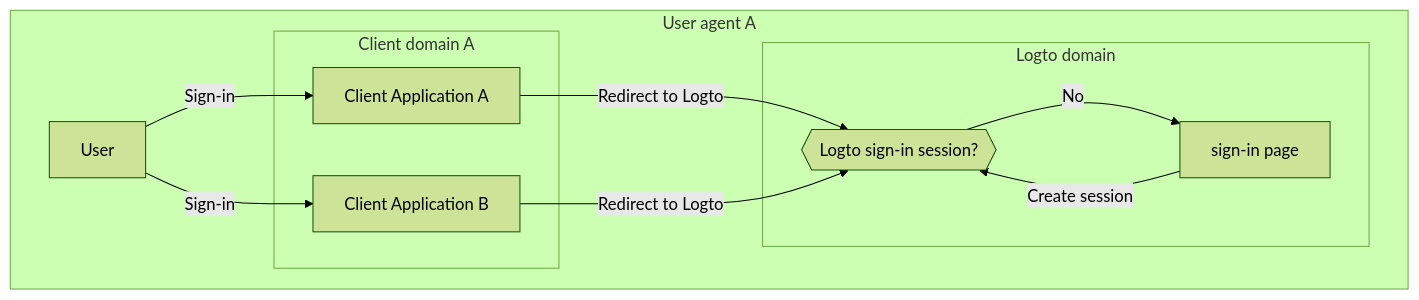
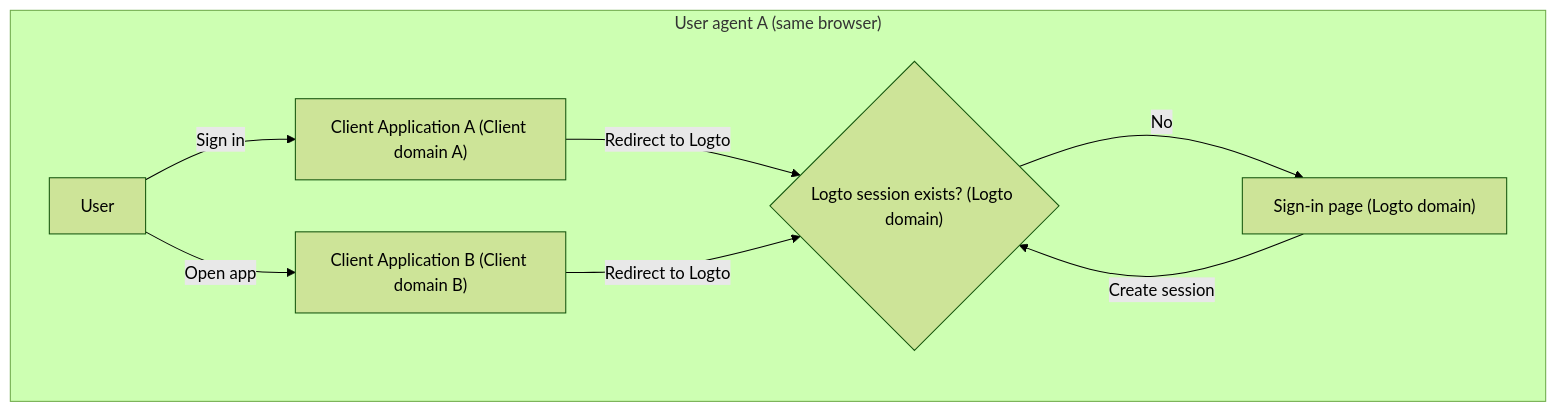
The third of 5 diagrams in docs/end-user-flows/sign-out.mdx (logto-io/docs), drawn with Mermaid (forest theme) before and after one commit. The commit also changed other lines of this file and 7 other files, not shown here.

First line of the commit message:
docs: add session management flow (#1377)

````diff
--- a/docs/end-user-flows/sign-out.mdx
+++ b/docs/end-user-flows/sign-out.mdx
@@ -59,26 +93,23 @@
-   ```mermaid
-    flowchart TD
-    subgraph User [User agent A]
-      U[User]
+```mermaid
+flowchart TD
+  U[User]
+  A["Client Application A (Client domain A)"]
+  B["Client Application B (Client domain B)"]
+  C{"Logto session exists? (Logto domain)"}
+  D["Sign-in page (Logto domain)"]
 
-      subgraph Layer1 [Client domain A]
-        A[Client Application A]
-      end
+  subgraph UA["User agent A (same browser)"]
+    U
+    A
+    B
+    C
+    D
+  end
 
-      subgraph Layer1 [Client domain B]
-        B[Client Application B]
-      end
-
-      subgraph Layer2 [Logto domain]
-          C{{Logto sign-in session?}}
-          D[sign-in page]
-      end
-    end
-
-    U --> |Sign-in| A
-    A --> |Redirect to Logto| C
-    U --> |Sign-in| B
-    B --> |Redirect to Logto| C
-    C --> |No| D
-    D --> |Create session| C
-   ```
+  U -->|Sign in| A
+  A -->|Redirect to Logto| C
+  U -->|Open app| B
+  B -->|Redirect to Logto| C
+  C -->|No| D
+  D -->|Create session| C
+```
````
